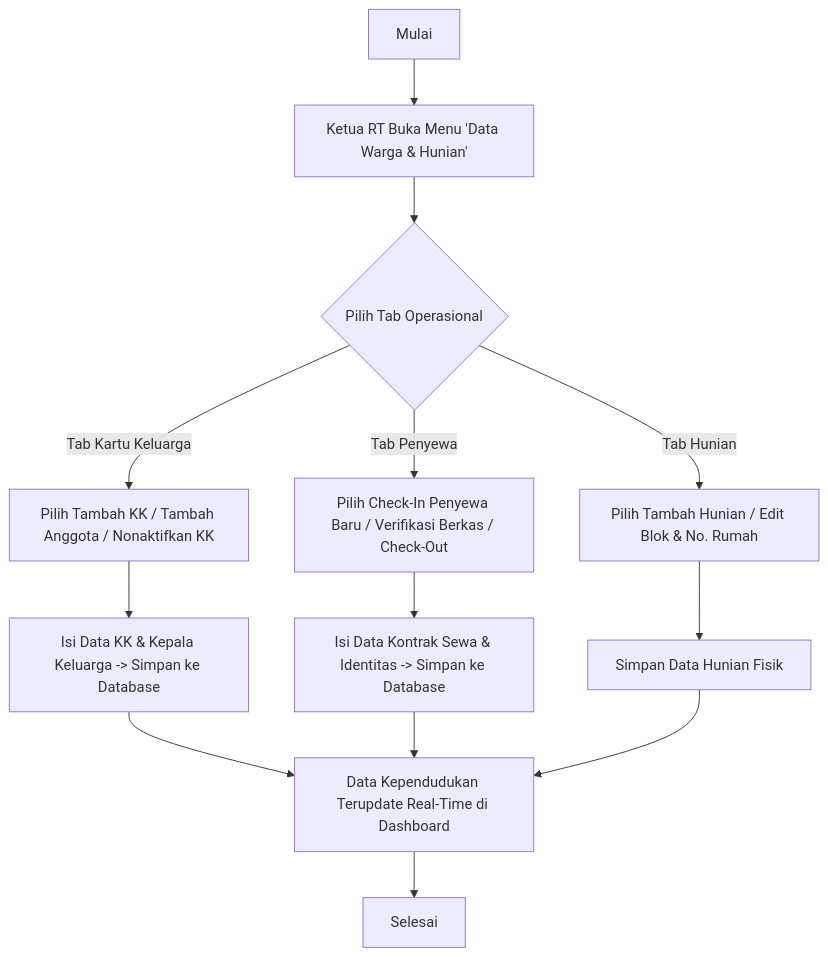
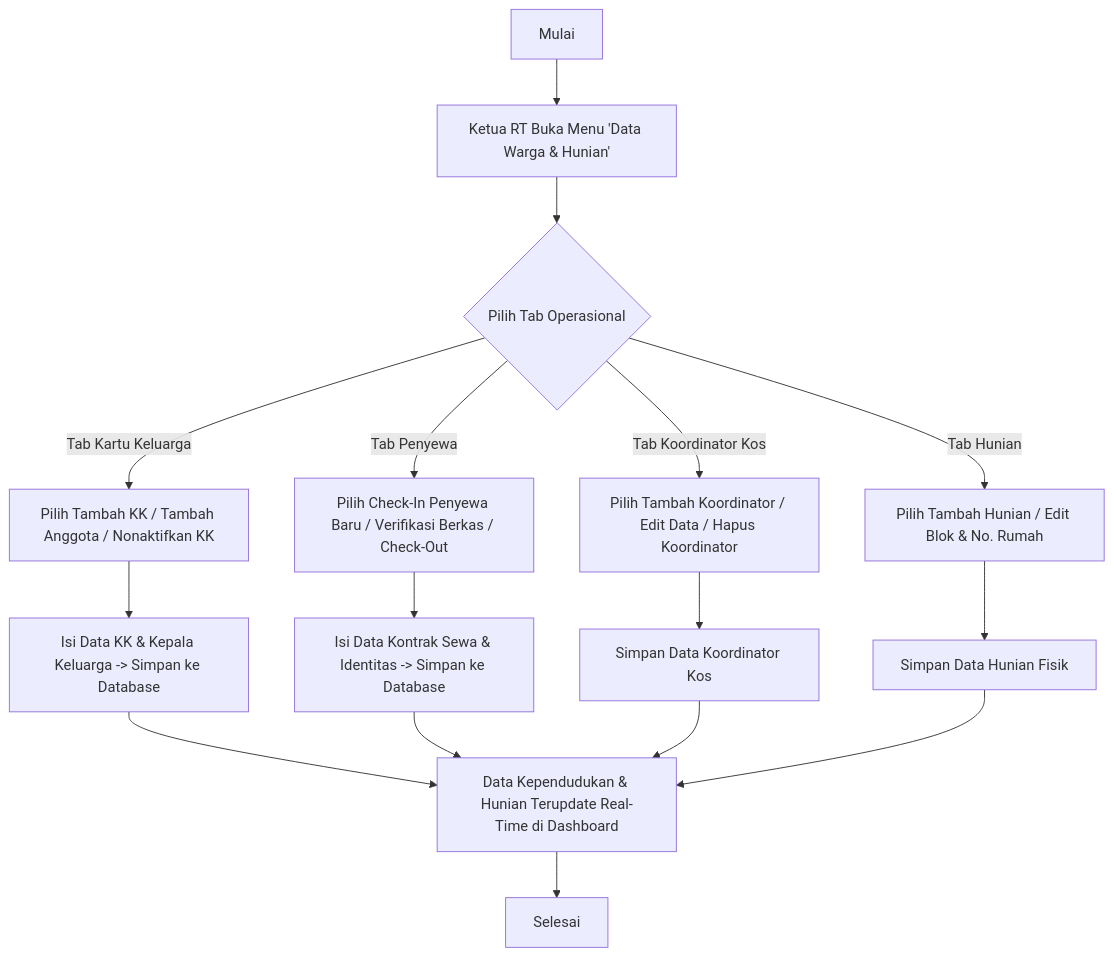
Before and after one commit to Araihan413/wargaku: the third of 6 diagrams in docs/roles/ketua_rt.md, drawn with Mermaid.

Commit message:
docs: memperbarui dokuentasi ketua rt

````diff
--- a/docs/roles/ketua_rt.md
+++ b/docs/roles/ketua_rt.md
@@ -154,22 +154,27 @@
 ```mermaid
 flowchart TD
     A[Mulai] --> B[Ketua RT Buka Menu 'Data Warga & Hunian']
     B --> C{Pilih Tab Operasional}
     
     %% Tab KK
     C -->|Tab Kartu Keluarga| D[Pilih Tambah KK / Tambah Anggota / Nonaktifkan KK]
     D --> E[Isi Data KK & Kepala Keluarga -> Simpan ke Database]
     
     %% Tab Penyewa
     C -->|Tab Penyewa| F[Pilih Check-In Penyewa Baru / Verifikasi Berkas / Check-Out]
     F --> G[Isi Data Kontrak Sewa & Identitas -> Simpan ke Database]
     
+    %% Tab Koordinator Kos
+    C -->|Tab Koordinator Kos| H[Pilih Tambah Koordinator / Edit Data / Hapus Koordinator]
+    H --> I[Simpan Data Koordinator Kos]
+
     %% Tab Hunian
-    C -->|Tab Hunian| H[Pilih Tambah Hunian / Edit Blok & No. Rumah]
-    H --> I[Simpan Data Hunian Fisik]
+    C -->|Tab Hunian| J[Pilih Tambah Hunian / Edit Blok & No. Rumah]
+    J --> K[Simpan Data Hunian Fisik]
     
-    E --> J[Data Kependudukan Terupdate Real-Time di Dashboard]
-    G --> J
-    I --> J
-    J --> K[Selesai]
+    E --> L[Data Kependudukan & Hunian Terupdate Real-Time di Dashboard]
+    G --> L
+    I --> L
+    K --> L
+    L --> M[Selesai]
 ```
````
